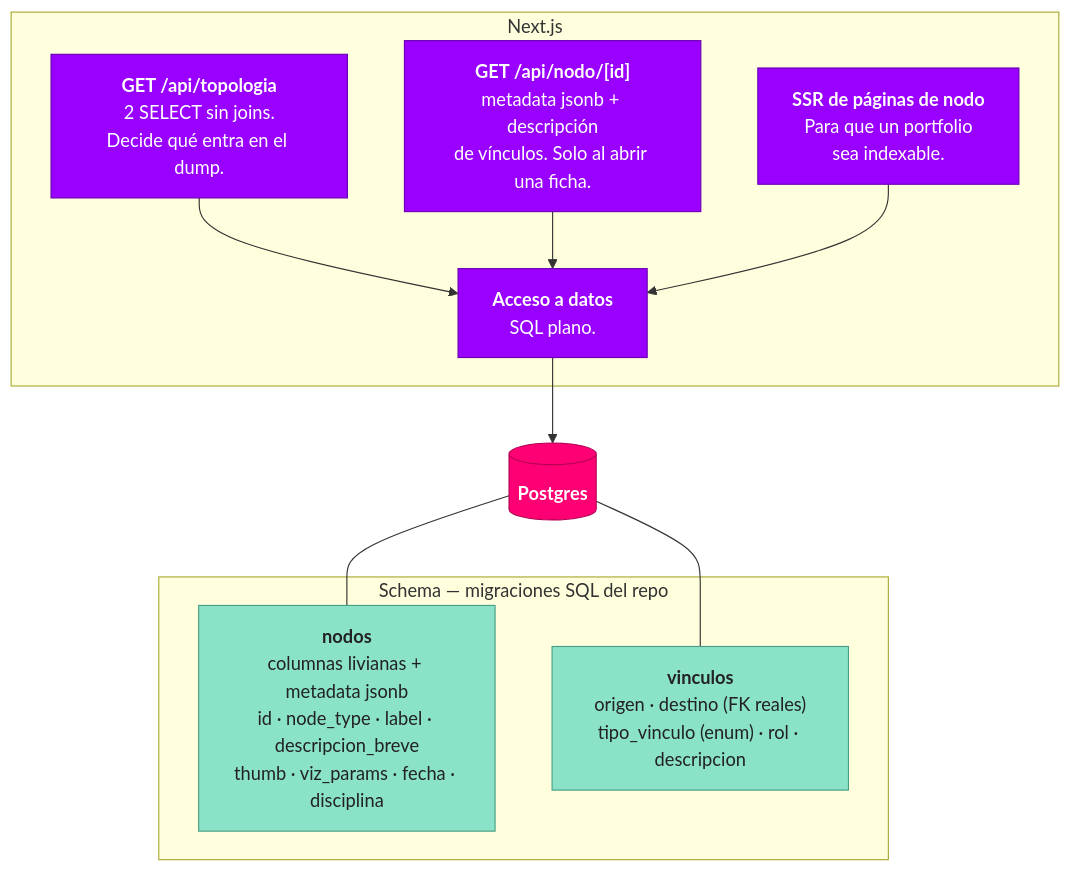
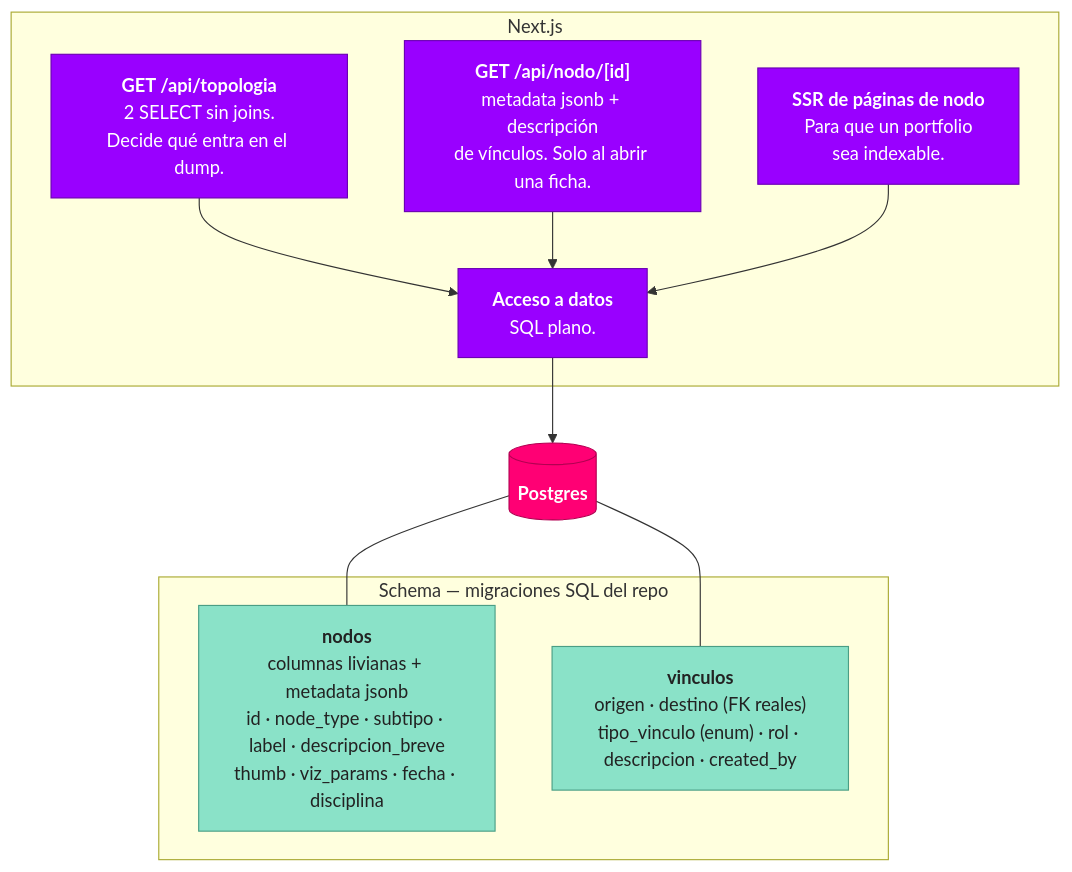
The fourth of 5 diagrams in docs/ARCHITECTURE.md (TropicalPoncho/sinapsis-front), drawn with Mermaid before and after one commit. The commit also changed other lines of this file and 11 other files, not shown here.

Commit message:
refactor: ENTIDAD + subtipo replace ARTISTA/ESPACIO/SERIE/STUB, created_by, terminology

````diff
--- a/docs/ARCHITECTURE.md
+++ b/docs/ARCHITECTURE.md
@@ -196,31 +196,31 @@
 ```mermaid
 flowchart TB
     subgraph next["Next.js"]
         topologia["<b>GET /api/topologia</b><br/>2 SELECT sin joins.<br/>Decide qué entra en el dump."]
         nodo["<b>GET /api/nodo/[id]</b><br/>metadata jsonb + descripción<br/>de vínculos. Solo al abrir una ficha."]
         ssr["<b>SSR de páginas de nodo</b><br/>Para que un portfolio<br/>sea indexable."]
         db["<b>Acceso a datos</b><br/>SQL plano."]
     end
 
     pg[("<b>Postgres</b>")]
 
     subgraph tablas["Schema — migraciones SQL del repo"]
-        nodos["<b>nodos</b><br/>columnas livianas + metadata jsonb<br/>id · node_type · label · descripcion_breve<br/>thumb · viz_params · fecha · disciplina"]
-        vinculos["<b>vinculos</b><br/>origen · destino (FK reales)<br/>tipo_vinculo (enum) · rol · descripcion"]
+        nodos["<b>nodos</b><br/>columnas livianas + metadata jsonb<br/>id · node_type · subtipo · label · descripcion_breve<br/>thumb · viz_params · fecha · disciplina"]
+        vinculos["<b>vinculos</b><br/>origen · destino (FK reales)<br/>tipo_vinculo (enum) · rol · descripcion · created_by"]
     end
 
     topologia --> db
     nodo --> db
     ssr --> db
     db --> pg
     pg --- nodos
     pg --- vinculos
 
     classDef api fill:#9900FF,stroke:#6b00b3,color:#fff
     classDef datos fill:#FF0074,stroke:#b30052,color:#fff
     classDef tabla fill:#8AE2C8,stroke:#4a9e85,color:#222
 
     class topologia,nodo,ssr,db api
     class pg datos
     class nodos,vinculos tabla
 ```
````
